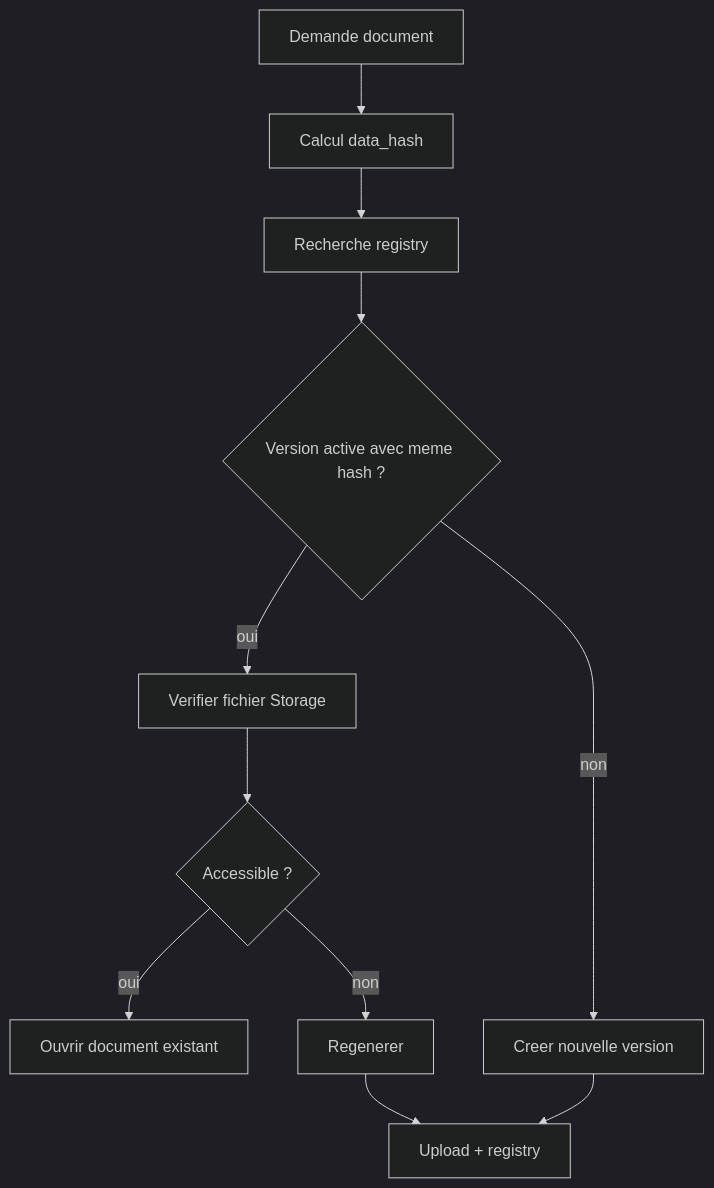
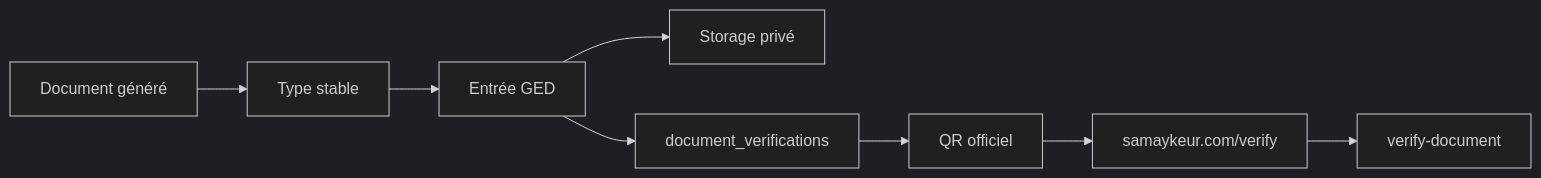
The diagram in docs/document-storage.md (djibril123dione123-alt/Gestion-Locative), drawn with Mermaid (dark theme) before and after one commit. The commit also changed other lines of this file and 19 other files, not shown here.

````diff
--- a/docs/document-storage.md
+++ b/docs/document-storage.md
@@ -77,13 +17,10 @@
 ```mermaid
-flowchart TD
-  Request["Demande document"] --> Hash["Calcul data_hash"]
-  Hash --> Registry["Recherche registry"]
-  Registry --> Same{"Version active avec meme hash ?"}
-  Same -- oui --> StorageCheck["Verifier fichier Storage"]
-  StorageCheck --> Exists{"Accessible ?"}
-  Exists -- oui --> Reuse["Ouvrir document existant"]
-  Exists -- non --> Regenerate["Regenerer"]
-  Same -- non --> NewVersion["Creer nouvelle version"]
-  Regenerate --> Save["Upload + registry"]
-  NewVersion --> Save
+flowchart LR
+  Generate["Document généré"] --> Type["Type stable"]
+  Type --> GED["Entrée GED"]
+  GED --> Storage["Storage privé"]
+  GED --> Registry["document_verifications"]
+  Registry --> QR["QR officiel"]
+  QR --> Verify["samaykeur.com/verify"]
+  Verify --> Edge["verify-document"]
 ```
````
